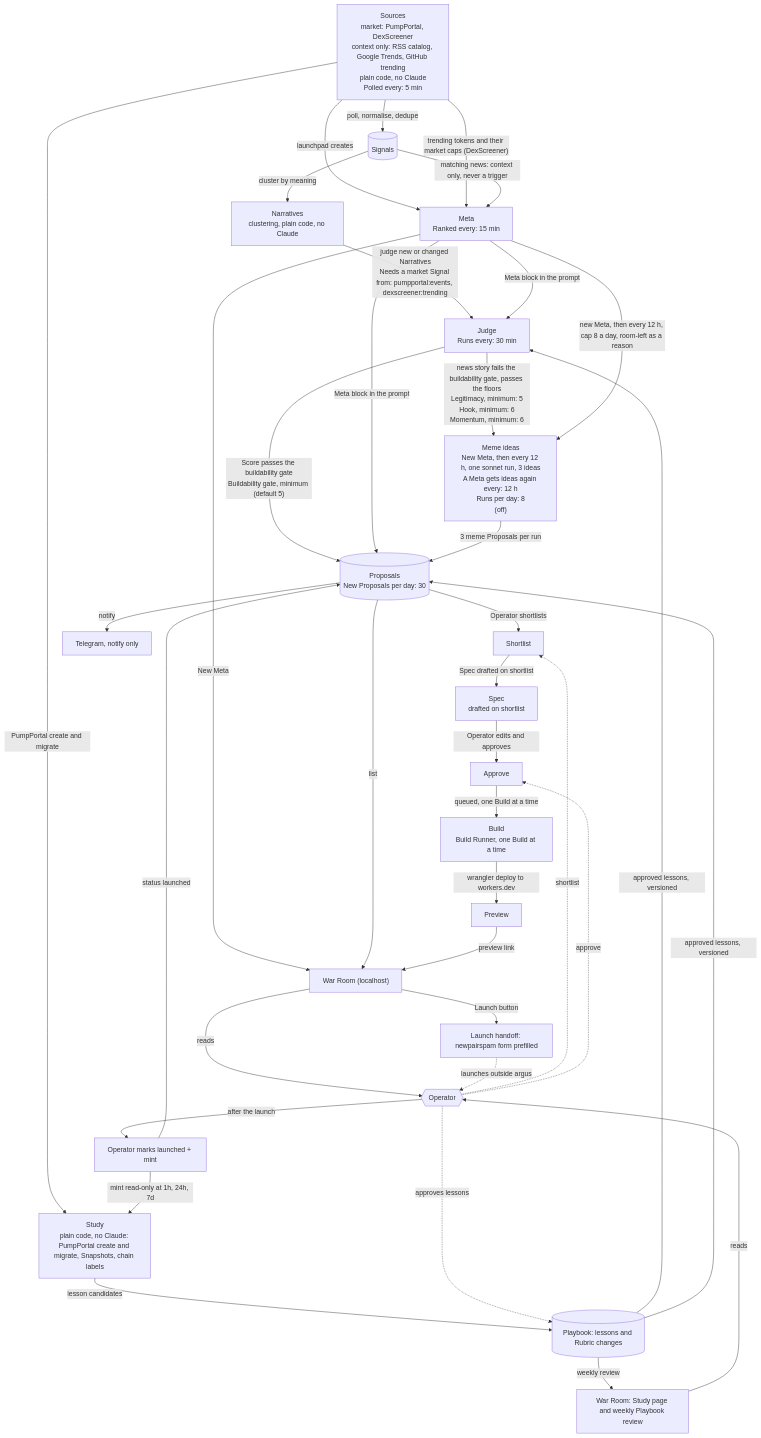
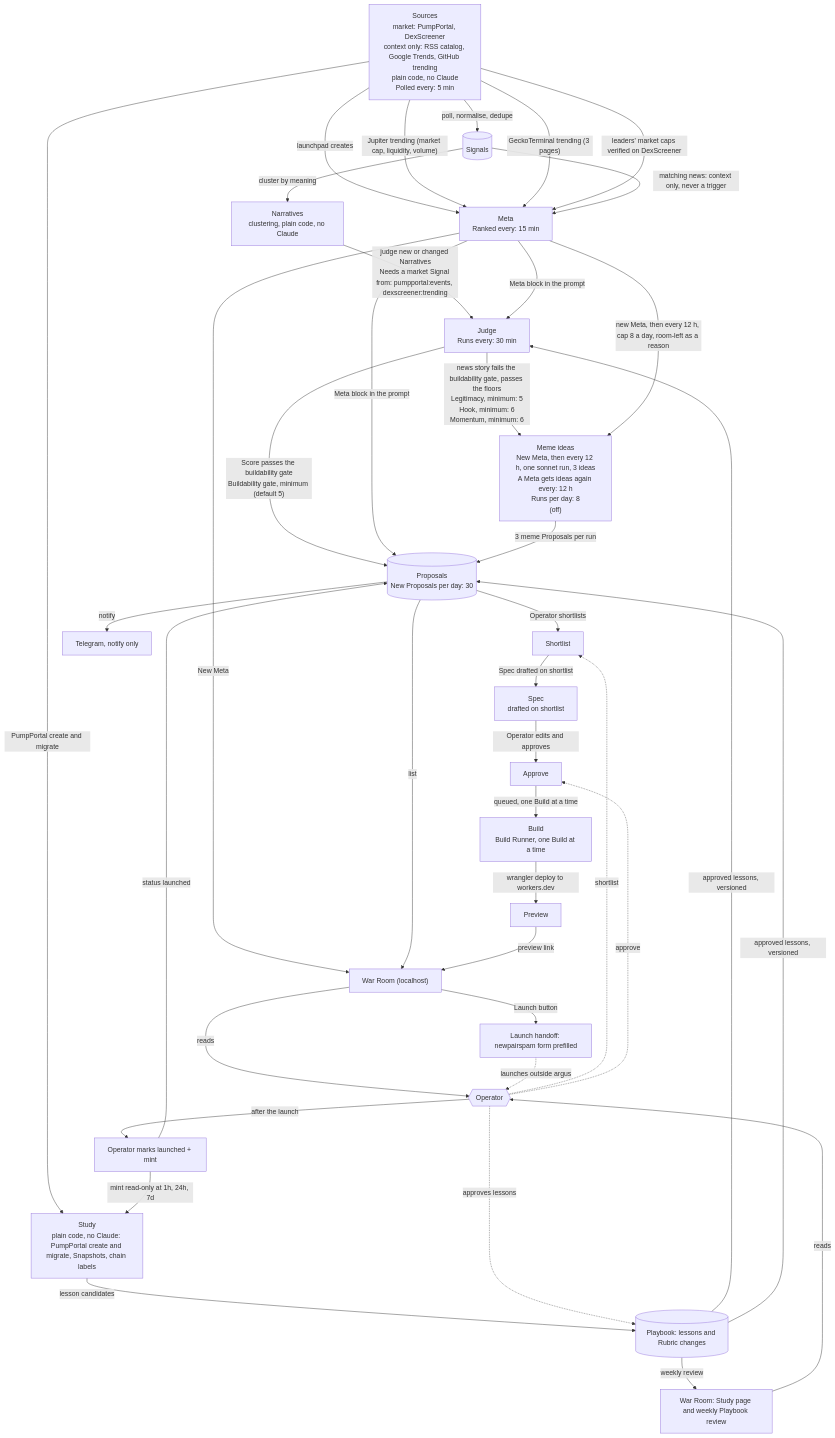
One commit to LuisPacx/argus changed the first of 3 diagrams in docs/architecture.md. Above: the diagram before and after it, drawn with Mermaid. The commit also changed other lines of this file and 30 other files, not shown here.

First line of the commit message:
Meta redesign ticket 05: top-down leaders from Jupiter and GeckoTerminal

````diff
--- a/docs/architecture.md
+++ b/docs/architecture.md
@@ -16,60 +16,62 @@
 ```mermaid
 flowchart TD
   SOURCES["Sources<br/>market: PumpPortal, DexScreener<br/>context only: RSS catalog, Google Trends, GitHub trending<br/>plain code, no Claude<br/>Polled every: 5 min"]
   SIGNALS[("Signals")]
   NARRATIVES["Narratives<br/>clustering, plain code, no Claude"]
   JUDGE["Judge<br/>Runs every: 30 min"]
   PROPOSALS[("Proposals<br/>New Proposals per day: 30")]
   SHORTLIST["Shortlist"]
   SPEC["Spec<br/>drafted on shortlist"]
   APPROVE["Approve"]
   BUILD["Build<br/>Build Runner, one Build at a time"]
   PREVIEW["Preview"]
   STUDY["Study<br/>plain code, no Claude: PumpPortal create and migrate, Snapshots, chain labels"]
   META["Meta<br/>Ranked every: 15 min"]
   MEME["Meme ideas<br/>New Meta, then every 12 h, one sonnet run, 3 ideas<br/>A Meta gets ideas again every: 12 h<br/>Runs per day: 8<br/>(off)"]
   OPERATOR{{"Operator"}}
   WARROOM["War Room (localhost)"]
   TELEGRAM["Telegram, notify only"]
   HANDOFF["Launch handoff: newpairspam form prefilled"]
   MARKED["Operator marks launched + mint"]
   PLAYBOOK[("Playbook: lessons and Rubric changes")]
   REVIEW["War Room: Study page and weekly Playbook review"]
 
   SOURCES -->|"poll, normalise, dedupe"| SIGNALS
   SIGNALS -->|"cluster by meaning"| NARRATIVES
   NARRATIVES -->|"judge new or changed Narratives<br/>Needs a market Signal from: pumpportal:events, dexscreener:trending"| JUDGE
   JUDGE -->|"Score passes the buildability gate<br/>Buildability gate, minimum (default 5)"| PROPOSALS
   JUDGE -->|"news story fails the buildability gate, passes the floors<br/>Legitimacy, minimum: 5<br/>Hook, minimum: 6<br/>Momentum, minimum: 6"| MEME
   PROPOSALS -->|"Operator shortlists"| SHORTLIST
   SHORTLIST -->|"Spec drafted on shortlist"| SPEC
   SPEC -->|"Operator edits and approves"| APPROVE
   APPROVE -->|"queued, one Build at a time"| BUILD
   BUILD -->|"wrangler deploy to workers.dev"| PREVIEW
   SOURCES -->|"PumpPortal create and migrate"| STUDY
   SOURCES -->|"launchpad creates"| META
-  SOURCES -->|"trending tokens and their market caps (DexScreener)"| META
+  SOURCES -->|"Jupiter trending (market cap, liquidity, volume)"| META
+  SOURCES -->|"GeckoTerminal trending (3 pages)"| META
+  SOURCES -->|"leaders' market caps verified on DexScreener"| META
   SIGNALS -->|"matching news: context only, never a trigger"| META
   META -->|"New Meta"| WARROOM
   META -->|"Meta block in the prompt"| JUDGE
   META -->|"Meta block in the prompt"| PROPOSALS
   META -->|"new Meta, then every 12 h, cap 8 a day, room-left as a reason"| MEME
   MEME -->|"3 meme Proposals per run"| PROPOSALS
   PROPOSALS -->|"list"| WARROOM
   PROPOSALS -->|"notify"| TELEGRAM
   WARROOM -->|"reads"| OPERATOR
   OPERATOR -.->|"shortlist"| SHORTLIST
   OPERATOR -.->|"approve"| APPROVE
   PREVIEW -->|"preview link"| WARROOM
   WARROOM -->|"Launch button"| HANDOFF
   HANDOFF -.->|"launches outside argus"| OPERATOR
   OPERATOR -->|"after the launch"| MARKED
   MARKED -->|"status launched"| PROPOSALS
   MARKED -->|"mint read-only at 1h, 24h, 7d"| STUDY
   STUDY -->|"lesson candidates"| PLAYBOOK
   PLAYBOOK -->|"weekly review"| REVIEW
   REVIEW -->|"reads"| OPERATOR
   OPERATOR -.->|"approves lessons"| PLAYBOOK
   PLAYBOOK -->|"approved lessons, versioned"| JUDGE
   PLAYBOOK -->|"approved lessons, versioned"| PROPOSALS
 ```
````
